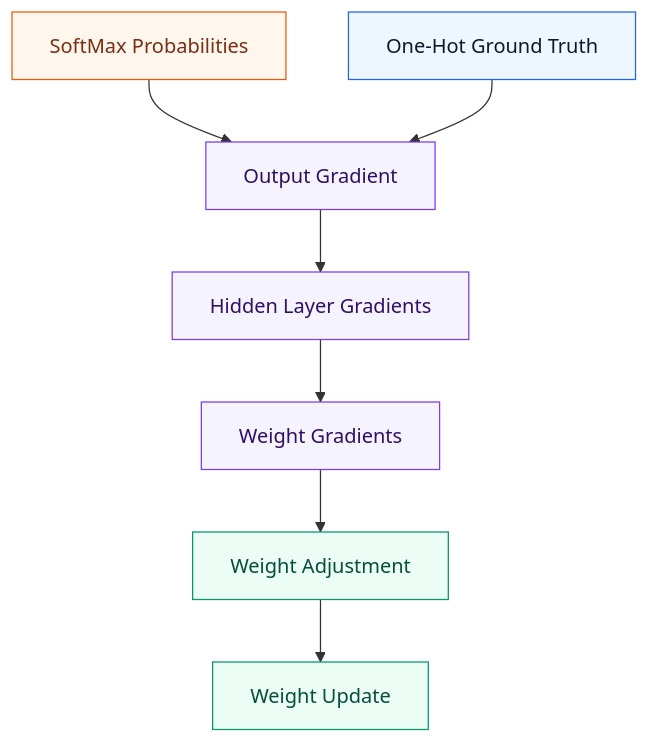
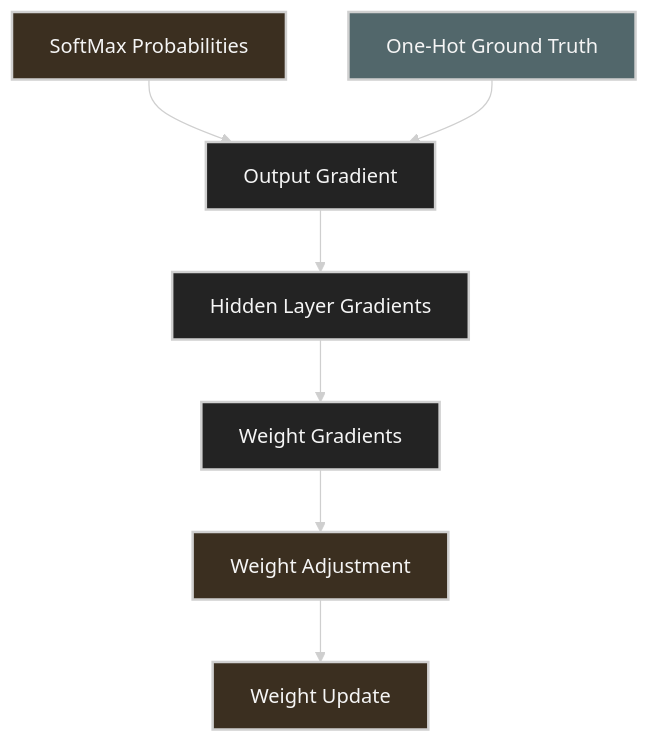
One commit to ziwon/ai-data-center-network changed the eighth of 12 diagrams in deep-learning-for-network-engineers/week01/README.md. Above: the diagram before and after it, drawn with Mermaid. The commit also changed other lines of this file and 35 other files, not shown here.

Commit message:
docs(mermaid): apply dark diagram style

````diff
--- a/deep-learning-for-network-engineers/week01/README.md
+++ b/deep-learning-for-network-engineers/week01/README.md
@@ -328,14 +335,15 @@
 ```mermaid
+%%{init: {"theme": "base", "themeVariables": {"background": "#171717", "primaryColor": "#232323", "primaryTextColor": "#f5f5f5", "primaryBorderColor": "#d0d0d0", "lineColor": "#cfcfcf", "fontFamily": "Inter, Arial, sans-serif"}}}%%
 flowchart TD
-    classDef probability fill:#fff7ed,stroke:#ea580c,color:#7c2d12
-    classDef label fill:#eef6ff,stroke:#2563eb,color:#0f172a
-    classDef gradient fill:#f5f3ff,stroke:#7c3aed,color:#2e1065
-    classDef update fill:#ecfdf5,stroke:#059669,color:#064e3b
+    classDef probability fill:#3b2f20,stroke:#d0d0d0,color:#f5f5f5,stroke-width:2px;
+    classDef label fill:#52676b,stroke:#d0d0d0,color:#f5f5f5,stroke-width:2px;
+    classDef gradient fill:#232323,stroke:#d0d0d0,color:#f5f5f5,stroke-width:2px;
+    classDef update fill:#3b2f20,stroke:#d0d0d0,color:#f5f5f5,stroke-width:2px;
 
     A[SoftMax Probabilities]:::probability --> C[Output Gradient]:::gradient
     B[One-Hot Ground Truth]:::label --> C
     C --> D[Hidden Layer Gradients]:::gradient
     D --> E[Weight Gradients]:::gradient
     E --> F[Weight Adjustment]:::update
     F --> G[Weight Update]:::update
 ```
````
